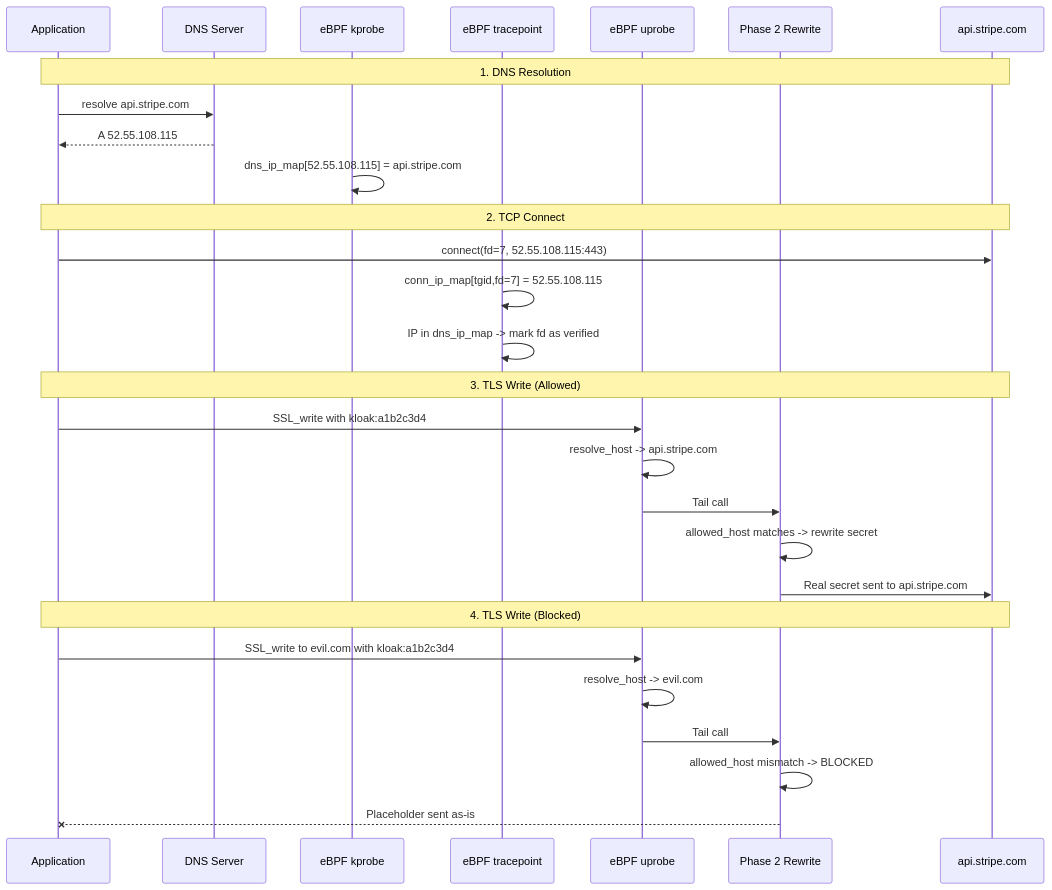
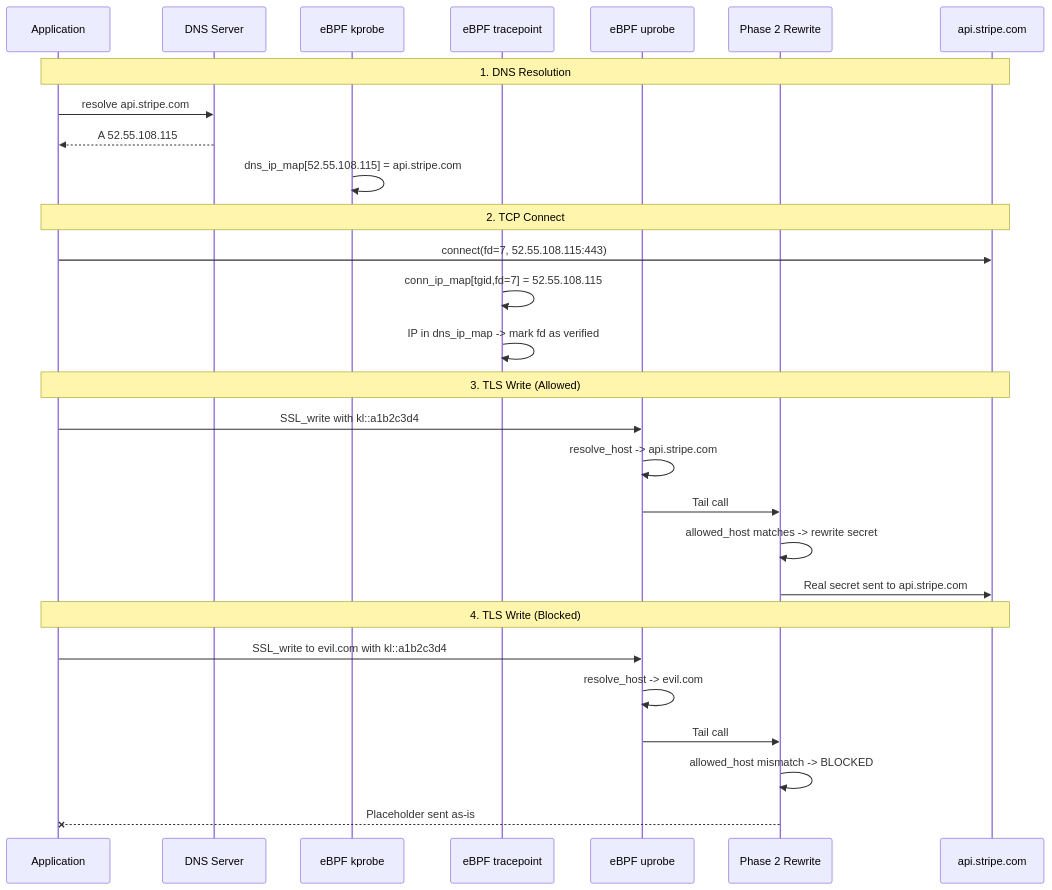
Before and after one commit to spinningfactory/kloak: the second of 2 diagrams in README.md, drawn with Mermaid. The commit also changed other lines of this file and 21 other files, not shown here.

````diff
--- a/README.md
+++ b/README.md
@@ -146,34 +146,34 @@
 ```mermaid
 sequenceDiagram
     participant App as Application
     participant DNS as DNS Server
     participant KP as eBPF kprobe
     participant TP as eBPF tracepoint
     participant UP as eBPF uprobe
     participant P2 as Phase 2 Rewrite
     participant Srv as api.stripe.com
 
     Note over App,Srv: 1. DNS Resolution
     App->>DNS: resolve api.stripe.com
     DNS-->>App: A 52.55.108.115
     KP->>KP: dns_ip_map[52.55.108.115] = api.stripe.com
 
     Note over App,Srv: 2. TCP Connect
     App->>Srv: connect(fd=7, 52.55.108.115:443)
     TP->>TP: conn_ip_map[tgid,fd=7] = 52.55.108.115
     TP->>TP: IP in dns_ip_map -> mark fd as verified
 
     Note over App,Srv: 3. TLS Write (Allowed)
-    App->>UP: SSL_write with kloak:a1b2c3d4
+    App->>UP: SSL_write with kl::a1b2c3d4
     UP->>UP: resolve_host -> api.stripe.com
     UP->>P2: Tail call
     P2->>P2: allowed_host matches -> rewrite secret
     P2->>Srv: Real secret sent to api.stripe.com
 
     Note over App,Srv: 4. TLS Write (Blocked)
-    App->>UP: SSL_write to evil.com with kloak:a1b2c3d4
+    App->>UP: SSL_write to evil.com with kl::a1b2c3d4
     UP->>UP: resolve_host -> evil.com
     UP->>P2: Tail call
     P2->>P2: allowed_host mismatch -> BLOCKED
     P2--xApp: Placeholder sent as-is
 ```
````
